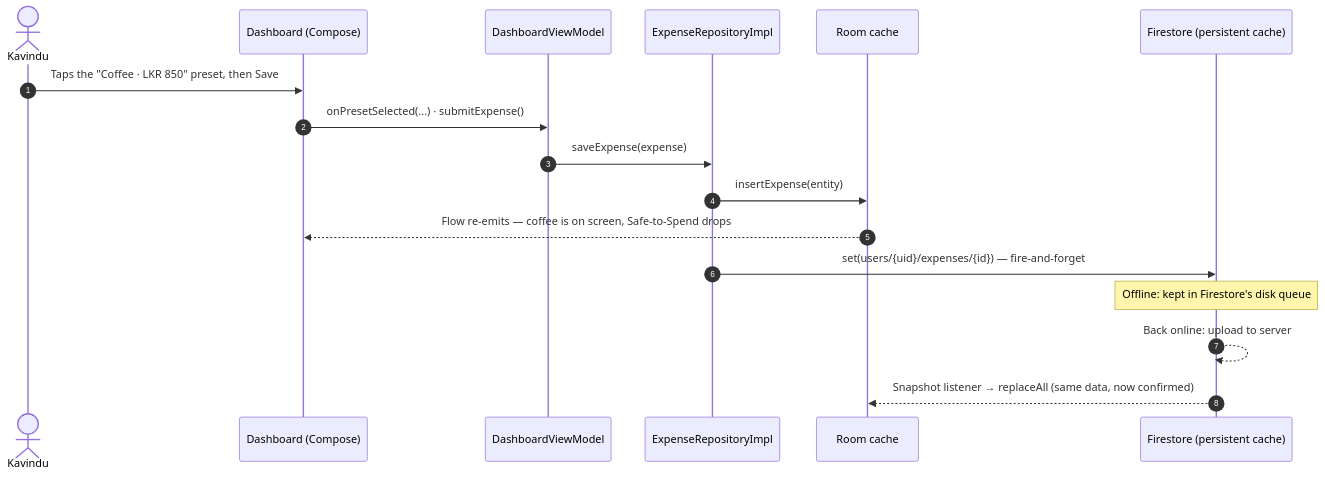
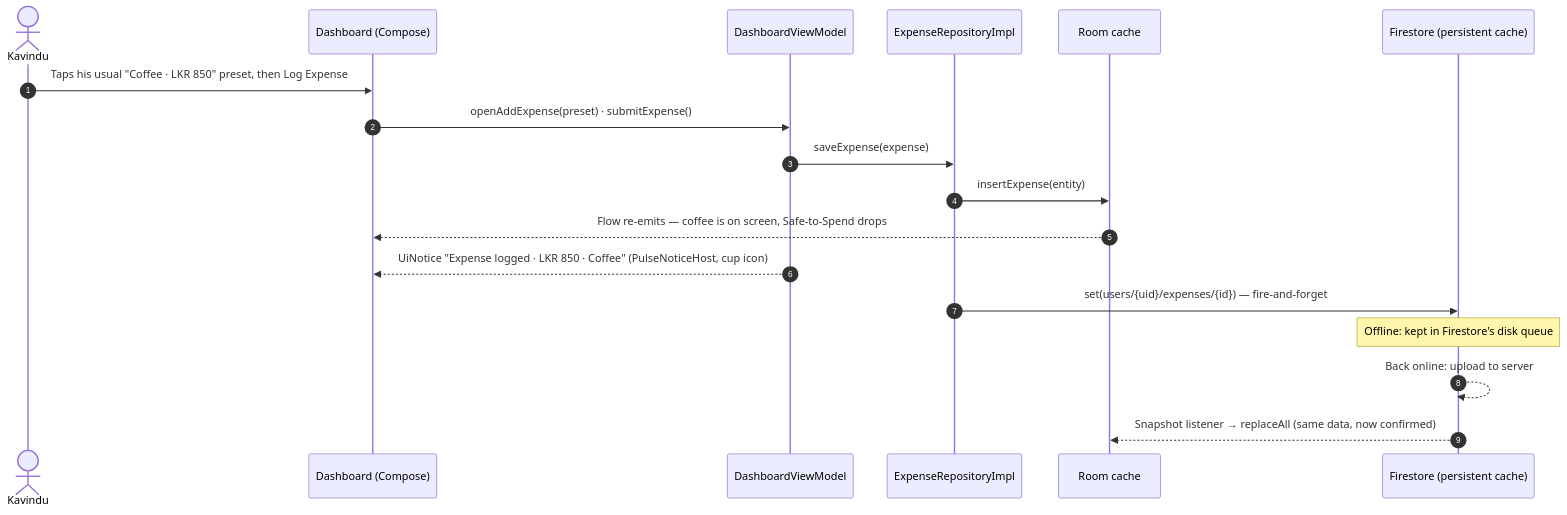
The third of 3 diagrams in docs/ARCHITECTURE.md (Hesara2003/PulseFinance-SE3092), drawn with Mermaid before and after one commit. The commit also changed other lines of this file and 4 other files, not shown here.

First line of the commit message:
docs: bring architecture, design system and features up to date

````diff
--- a/docs/ARCHITECTURE.md
+++ b/docs/ARCHITECTURE.md
@@ -174,20 +176,21 @@
 ```mermaid
 sequenceDiagram
     autonumber
     actor K as Kavindu
     participant UI as Dashboard (Compose)
     participant VM as DashboardViewModel
     participant Repo as ExpenseRepositoryImpl
     participant Room as Room cache
     participant FS as Firestore (persistent cache)
 
-    K->>UI: Taps the "Coffee · LKR 850" preset, then Save
-    UI->>VM: onPresetSelected(...) · submitExpense()
+    K->>UI: Taps his usual "Coffee · LKR 850" preset, then Log Expense
+    UI->>VM: openAddExpense(preset) · submitExpense()
     VM->>Repo: saveExpense(expense)
     Repo->>Room: insertExpense(entity)
     Room-->>UI: Flow re-emits — coffee is on screen, Safe-to-Spend drops
+    VM-->>UI: UiNotice "Expense logged · LKR 850 · Coffee" (PulseNoticeHost, cup icon)
     Repo->>FS: set(users/{uid}/expenses/{id}) — fire-and-forget
     Note over FS: Offline: kept in Firestore's disk queue
     FS-->>FS: Back online: upload to server
     FS-->>Room: Snapshot listener → replaceAll (same data, now confirmed)
 ```
````
